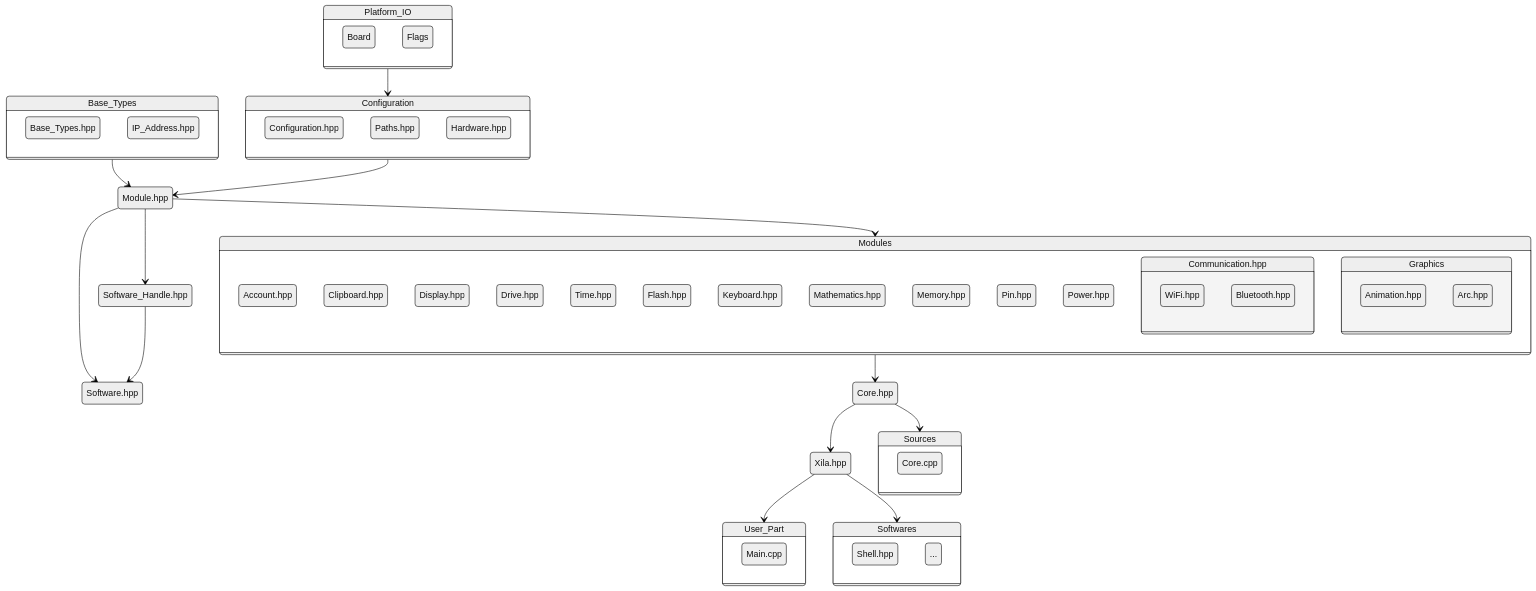
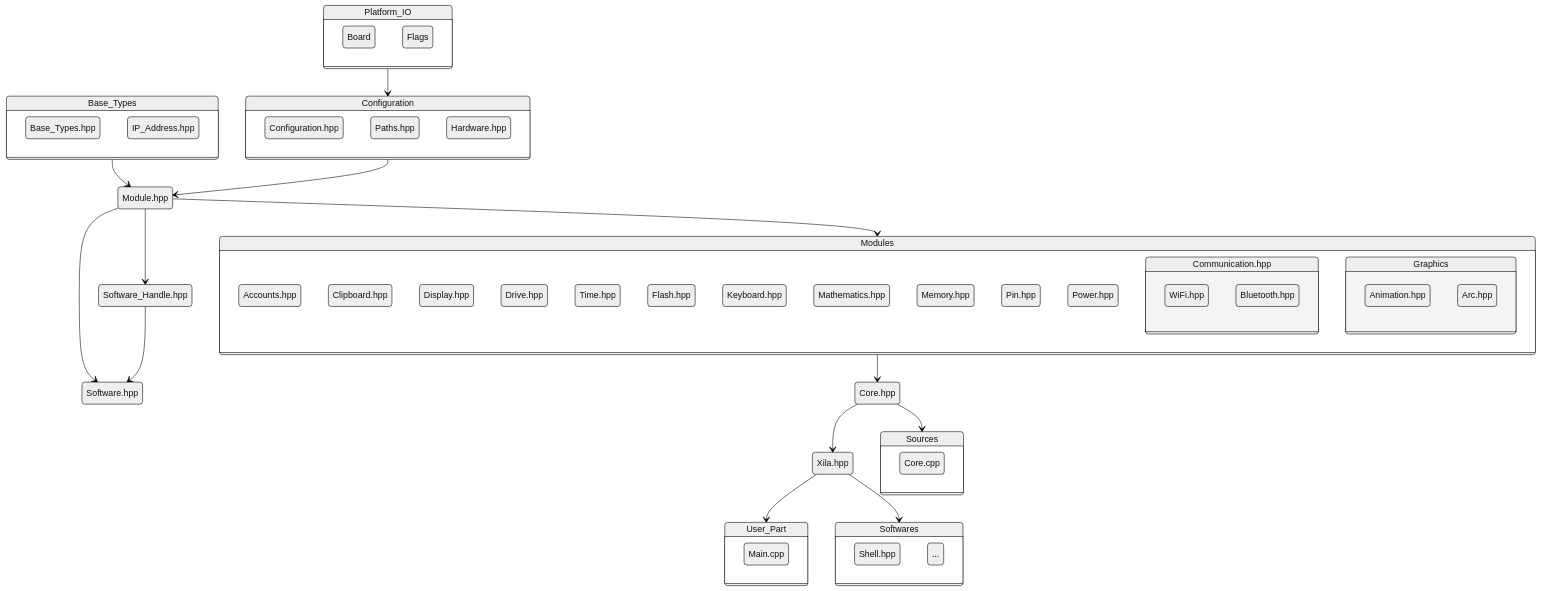
One commit to Xila-Project/Old_core changed the diagram in Documentation/source/Depedencies.md. Above: the diagram before and after it, drawn with Mermaid (neutral theme). The commit also changed 18 other files, not shown here.

```diff
--- a/Documentation/source/Depedencies.md
+++ b/Documentation/source/Depedencies.md
@@ -34,7 +34,7 @@
     Software_Handle.hpp --> Software.hpp
 
     state Modules {
-        Account.hpp
+        Accounts.hpp
         Clipboard.hpp
         Display.hpp
         Drive.hpp
```
